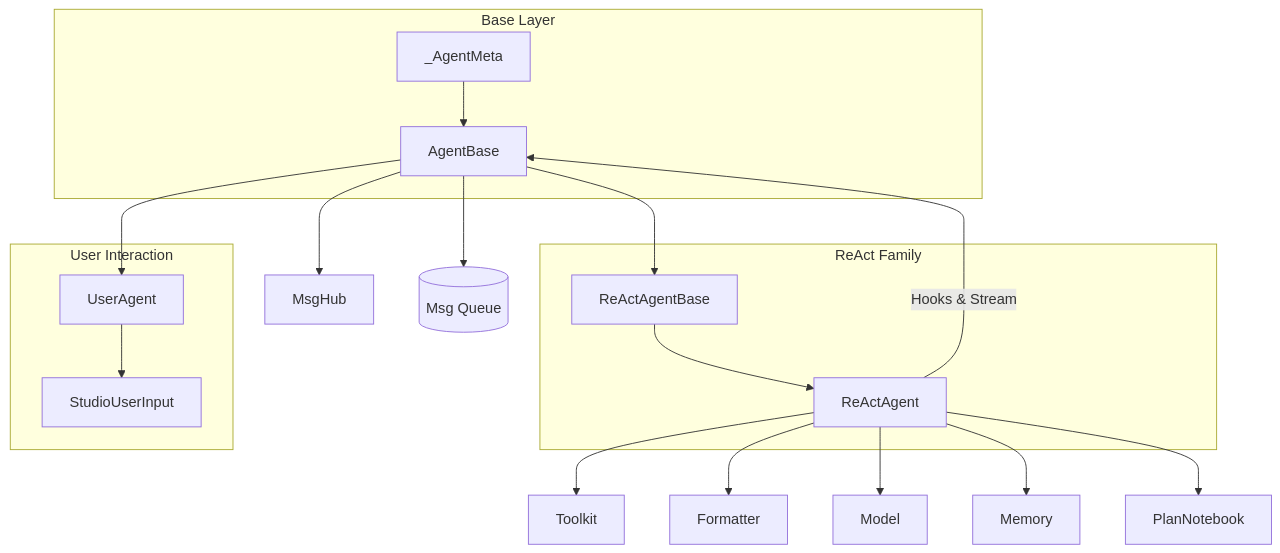
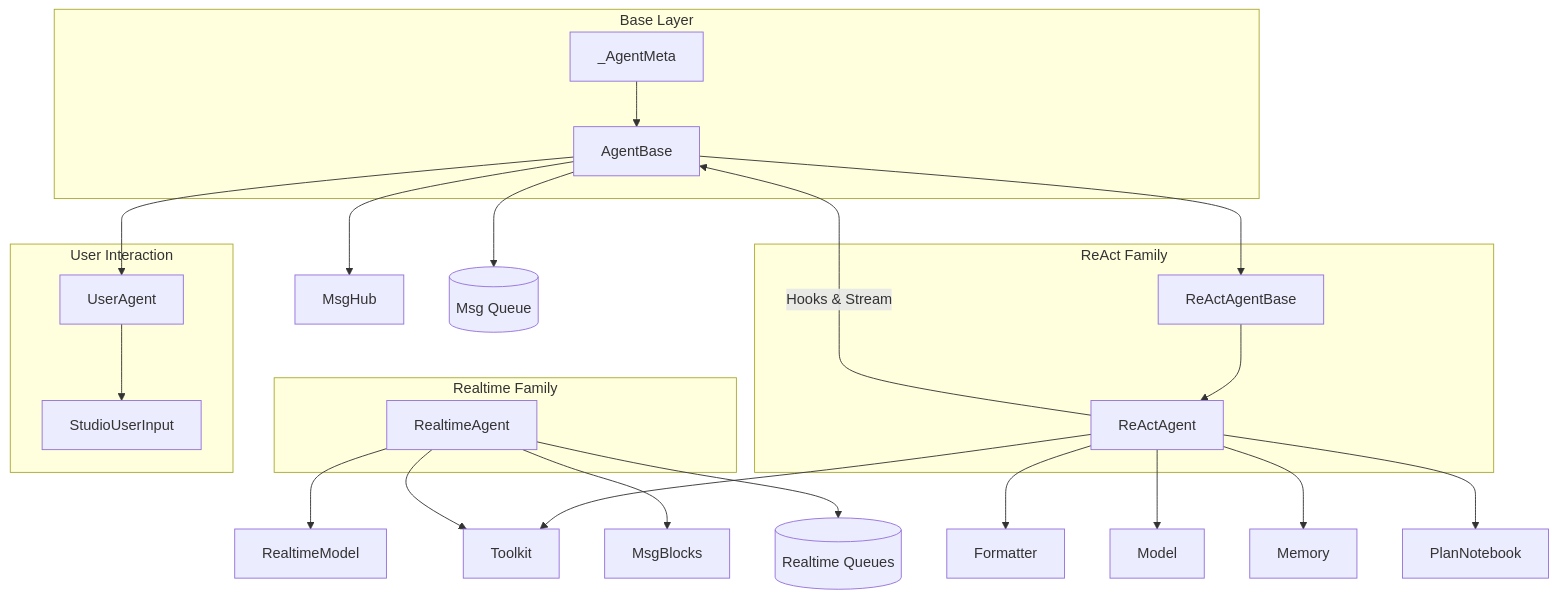
Before and after one commit to charSLee013/agentscope-easy: the diagram in docs/agent/SOP.md, drawn with Mermaid. The commit also changed other lines of this file and 38 other files, not shown here.

Commit message:
feat: absorb mainline realtime agent and tool surface

````diff
--- a/docs/agent/SOP.md
+++ b/docs/agent/SOP.md
@@ -15,28 +15,35 @@
 ```mermaid
 graph TD
     subgraph Base Layer
         AB[AgentBase]
         AM[_AgentMeta]
     end
     subgraph ReAct Family
         RB[ReActAgentBase]
         RA[ReActAgent]
+    end
+    subgraph Realtime Family
+        RT[RealtimeAgent]
     end
     subgraph User Interaction
         UA[UserAgent]
         UI[StudioUserInput]
     end
     AM --> AB
     AB --> RB
     RB --> RA
     AB --> UA
     UA --> UI
     RA -->|Hooks & Stream| AB
     RA --> Toolkit
     RA --> Formatter
     RA --> Model
     RA --> Memory
     RA --> PlanNotebook
+    RT --> Toolkit
+    RT --> RealtimeModel
+    RT --> MsgBlocks
+    RT --> EventQueue[(Realtime Queues)]
     AB --> MsgHub
     AB --> Queue[(Msg Queue)]
 ```
````
